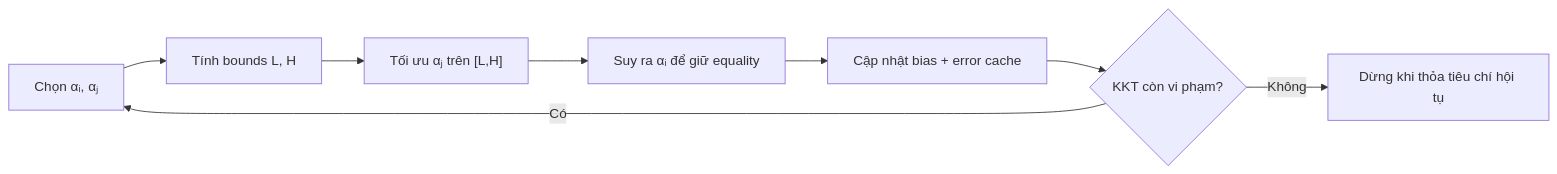
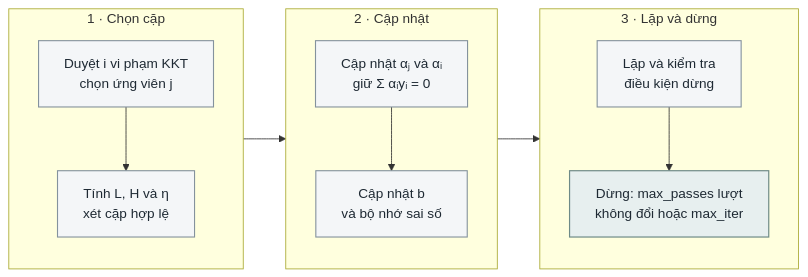
Before and after one commit to phucduocdoan/svm-optimization: the diagram in docs/diagrams/smo_pair_update.mmd, drawn with Mermaid. The commit also changed 44 other files, not shown here.

```diff
--- a/docs/diagrams/smo_pair_update.mmd
+++ b/docs/diagrams/smo_pair_update.mmd
@@ -1,4 +1,18 @@
 flowchart LR
-  A["Chọn αᵢ, αⱼ"] --> B["Tính bounds L, H"] --> C["Tối ưu αⱼ trên [L,H]"] --> D["Suy ra αᵢ để giữ equality"] --> E["Cập nhật bias + error cache"] --> F{"KKT còn vi phạm?"}
-  F -->|Có| A
-  F -->|Không| G["Dừng khi thỏa tiêu chí hội tụ"]
+  subgraph CHON["1 · Chọn cặp"]
+    direction TB
+    A["Duyệt i vi phạm KKT<br/>chọn ứng viên j"] --> B["Tính L, H và η<br/>xét cặp hợp lệ"]
+  end
+  subgraph CAPNHAT["2 · Cập nhật"]
+    direction TB
+    C["Cập nhật αⱼ và αᵢ<br/>giữ Σ αᵢyᵢ = 0"] --> D["Cập nhật b<br/>và bộ nhớ sai số"]
+  end
+  subgraph DUNG["3 · Lặp và dừng"]
+    direction TB
+    E["Lặp và kiểm tra<br/>điều kiện dừng"] --> F["Dừng: max_passes lượt<br/>không đổi hoặc max_iter"]
+  end
+  CHON --> CAPNHAT --> DUNG
+  classDef standard fill:#f4f6f8,stroke:#84929d,color:#1e2933,stroke-width:1.3px
+  classDef focus fill:#e7efef,stroke:#6e8a87,color:#1e2933,stroke-width:1.4px
+  class A,B,C,D,E standard
+  class F focus
```
